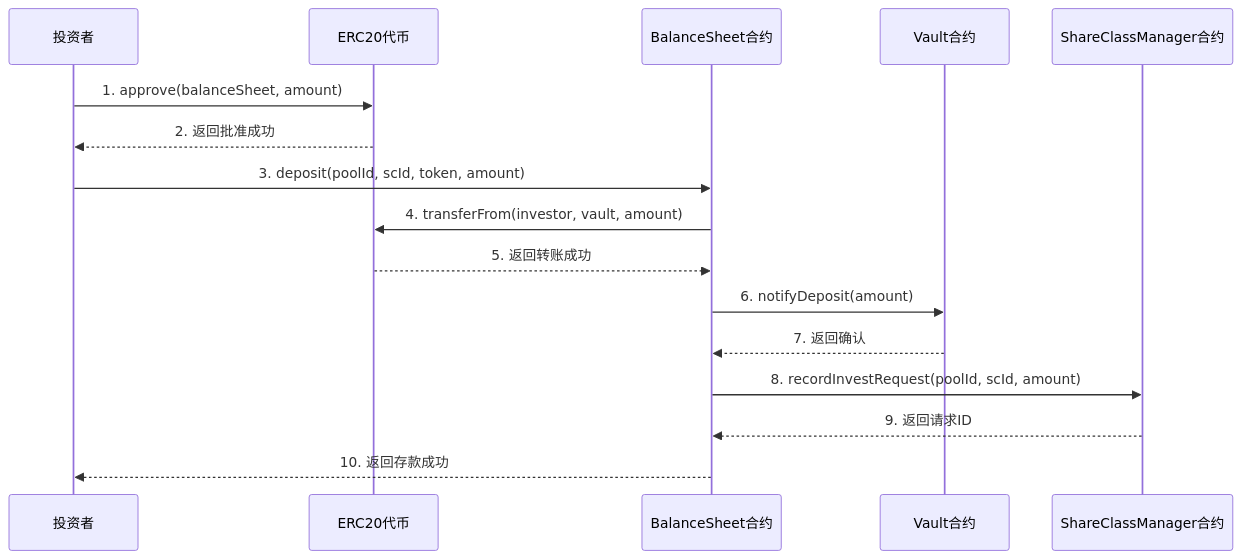
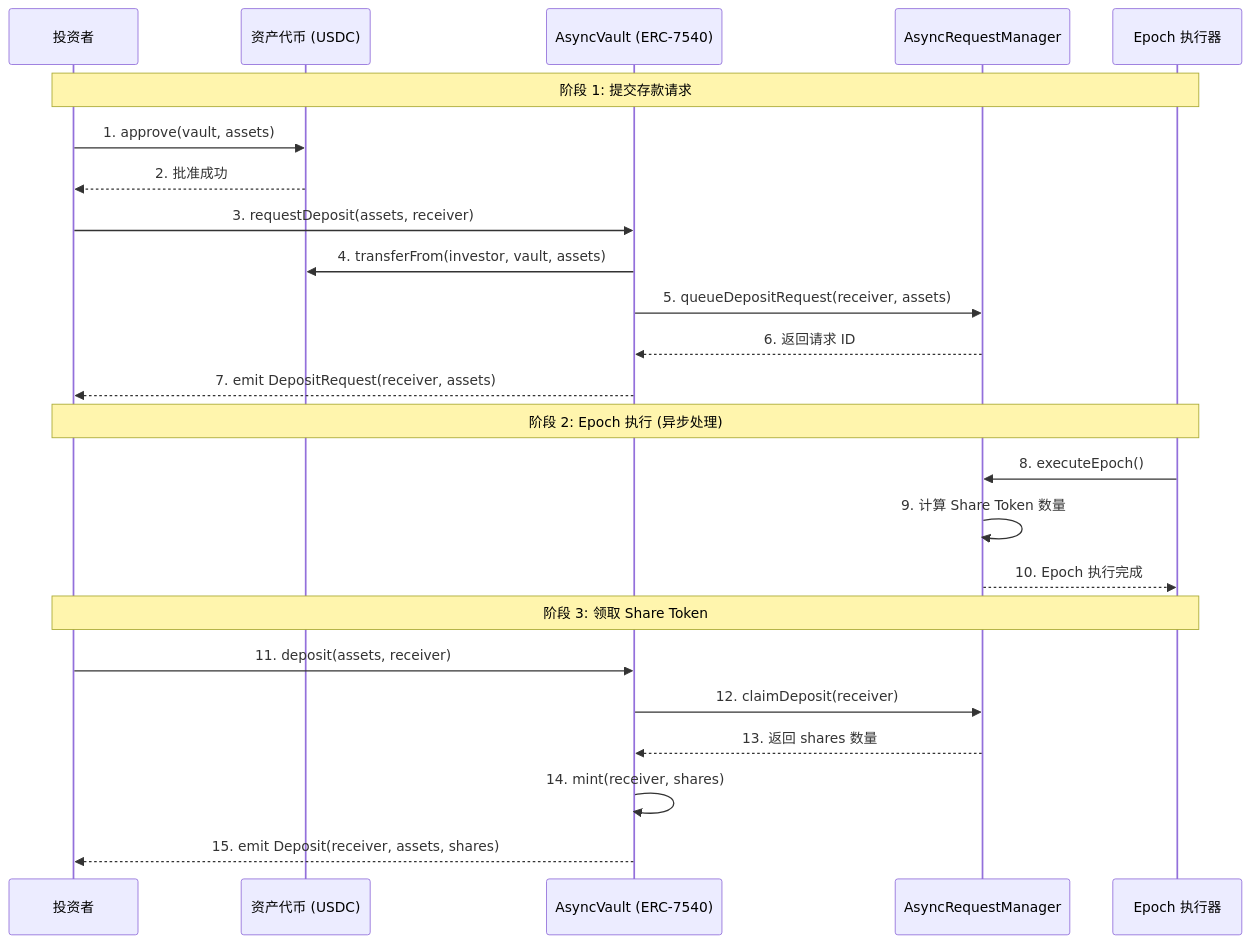
Before and after one commit to USDAble/rwa-husd-docs: the third of 7 diagrams in product-analysis/RWA-Protocols/Centrifuge/technical-deep-dive.md, drawn with Mermaid. The commit also changed other lines of this file, not shown here.

````diff
--- a/product-analysis/RWA-Protocols/Centrifuge/technical-deep-dive.md
+++ b/product-analysis/RWA-Protocols/Centrifuge/technical-deep-dive.md
@@ -650,19 +658,29 @@
 ```mermaid
 sequenceDiagram
     participant Investor as 投资者
-    participant Token as ERC20代币
-    participant BalanceSheet as BalanceSheet合约
-    participant Vault as Vault合约
-    participant ShareClassMgr as ShareClassManager合约
+    participant Asset as 资产代币 (USDC)
+    participant Vault as AsyncVault (ERC-7540)
+    participant RequestMgr as AsyncRequestManager
+    participant Epoch as Epoch 执行器
 
-    Investor->>Token: 1. approve(balanceSheet, amount)
-    Token-->>Investor: 2. 返回批准成功
-    Investor->>BalanceSheet: 3. deposit(poolId, scId, token, amount)
-    BalanceSheet->>Token: 4. transferFrom(investor, vault, amount)
-    Token-->>BalanceSheet: 5. 返回转账成功
-    BalanceSheet->>Vault: 6. notifyDeposit(amount)
-    Vault-->>BalanceSheet: 7. 返回确认
-    BalanceSheet->>ShareClassMgr: 8. recordInvestRequest(poolId, scId, amount)
-    ShareClassMgr-->>BalanceSheet: 9. 返回请求ID
-    BalanceSheet-->>Investor: 10. 返回存款成功
+    Note over Investor,Epoch: 阶段 1: 提交存款请求
+    Investor->>Asset: 1. approve(vault, assets)
+    Asset-->>Investor: 2. 批准成功
+    Investor->>Vault: 3. requestDeposit(assets, receiver)
+    Vault->>Asset: 4. transferFrom(investor, vault, assets)
+    Vault->>RequestMgr: 5. queueDepositRequest(receiver, assets)
+    RequestMgr-->>Vault: 6. 返回请求 ID
+    Vault-->>Investor: 7. emit DepositRequest(receiver, assets)
+
+    Note over Investor,Epoch: 阶段 2: Epoch 执行 (异步处理)
+    Epoch->>RequestMgr: 8. executeEpoch()
+    RequestMgr->>RequestMgr: 9. 计算 Share Token 数量
+    RequestMgr-->>Epoch: 10. Epoch 执行完成
+
+    Note over Investor,Epoch: 阶段 3: 领取 Share Token
+    Investor->>Vault: 11. deposit(assets, receiver)
+    Vault->>RequestMgr: 12. claimDeposit(receiver)
+    RequestMgr-->>Vault: 13. 返回 shares 数量
+    Vault->>Vault: 14. mint(receiver, shares)
+    Vault-->>Investor: 15. emit Deposit(receiver, assets, shares)
 ```
````
